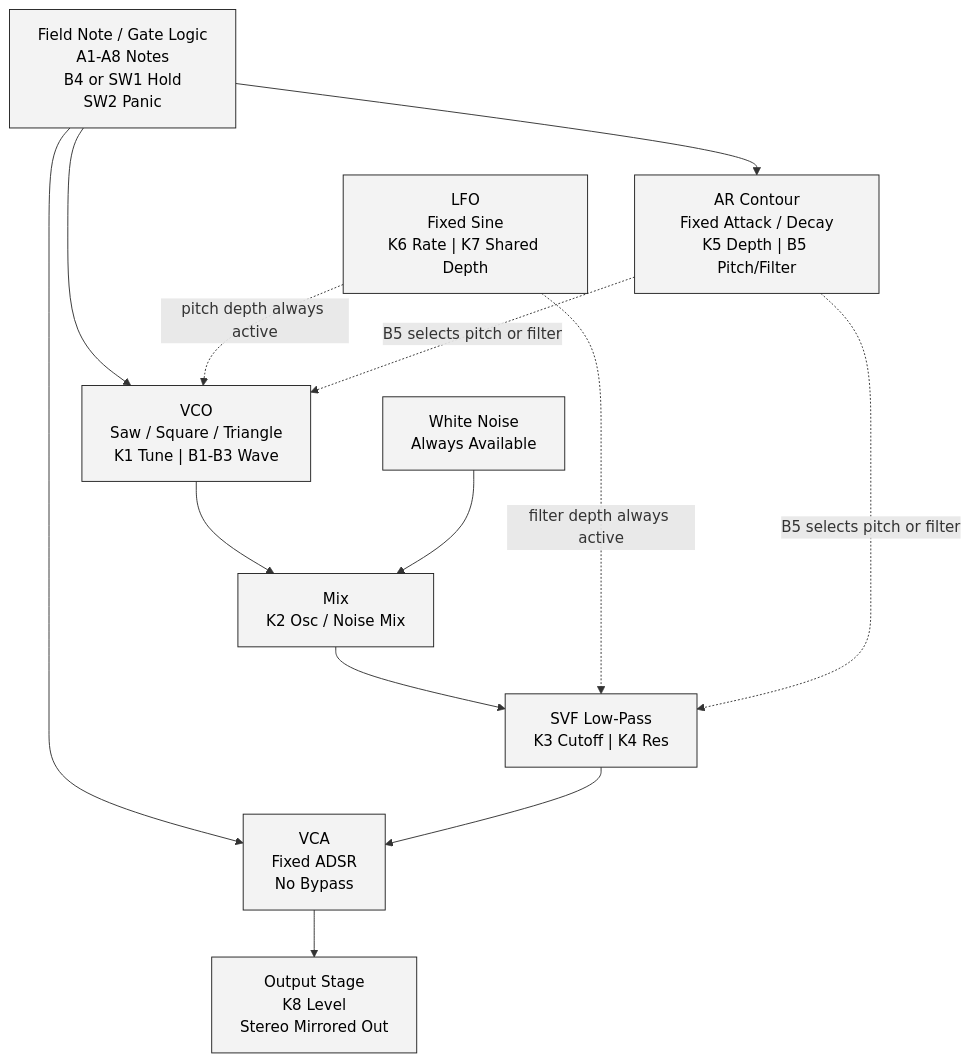
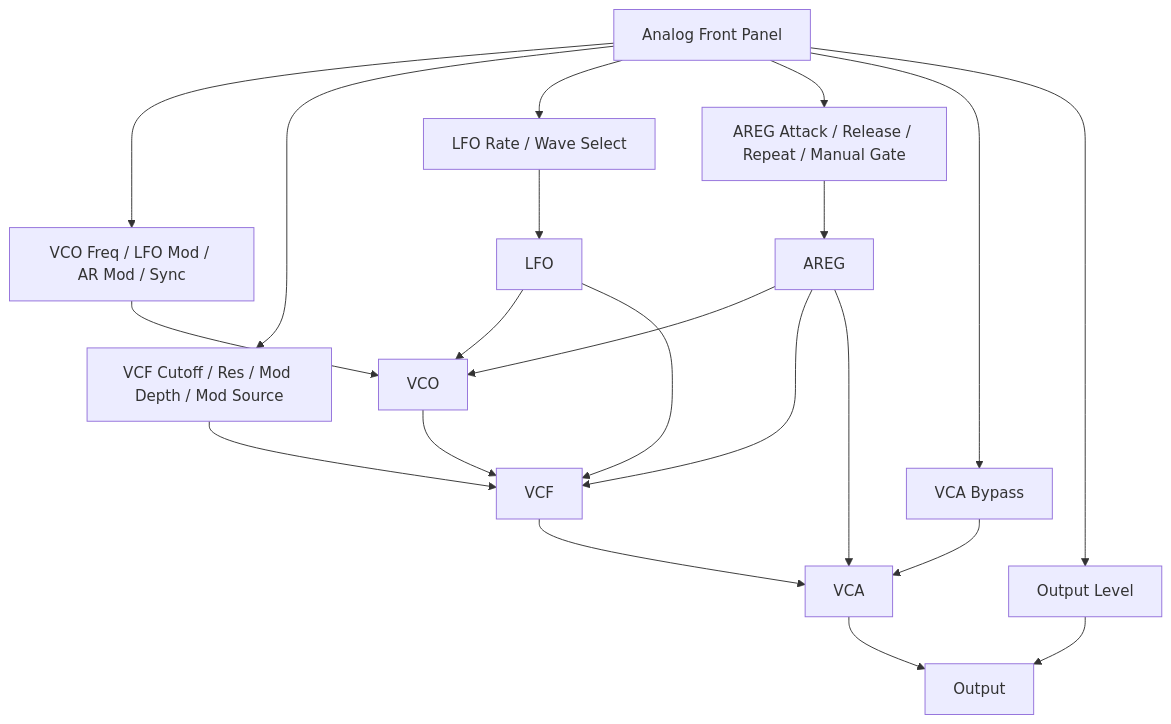
One commit to Denys/DaisyExamples changed the third of 7 diagrams in MyProjects/_projects/Field_MFOS_NoiseToaster/DIAGRAMS.md. Above: the diagram before and after it, drawn with Mermaid. The commit also changed other lines of this file and 33 other files, not shown here.

````diff
--- a/MyProjects/_projects/Field_MFOS_NoiseToaster/DIAGRAMS.md
+++ b/MyProjects/_projects/Field_MFOS_NoiseToaster/DIAGRAMS.md
@@ -40,29 +58,25 @@
 ```mermaid
-flowchart TB
-    classDef block fill:#f3f3f3,stroke:#222,stroke-width:1px,color:#000;
+flowchart TD
+    PANEL["Analog Front Panel"] --> VCOCTL["VCO Freq / LFO Mod / AR Mod / Sync"]
+    PANEL --> VCFCTL["VCF Cutoff / Res / Mod Depth / Mod Source"]
+    PANEL --> LFOCTL["LFO Rate / Wave Select"]
+    PANEL --> AREGCTL["AREG Attack / Release / Repeat / Manual Gate"]
+    PANEL --> VCACTL["VCA Bypass"]
+    PANEL --> OUTCTL["Output Level"]
 
-    KEYS["Field Note / Gate Logic<br/>A1-A8 Notes<br/>B4 or SW1 Hold<br/>SW2 Panic"]:::block
-    VCO["VCO<br/>Saw / Square / Triangle<br/>K1 Tune | B1-B3 Wave"]:::block
-    WN["White Noise<br/>Always Available"]:::block
-    MIX["Mix<br/>K2 Osc / Noise Mix"]:::block
-    VCF["SVF Low-Pass<br/>K3 Cutoff | K4 Res"]:::block
-    LFO["LFO<br/>Fixed Sine<br/>K6 Rate | K7 Shared Depth"]:::block
-    AR["AR Contour<br/>Fixed Attack / Decay<br/>K5 Depth | B5 Pitch/Filter"]:::block
-    VCA["VCA<br/>Fixed ADSR<br/>No Bypass"]:::block
-    OUT["Output Stage<br/>K8 Level<br/>Stereo Mirrored Out"]:::block
+    AREGCTL --> AREG["AREG"]
+    LFOCTL --> LFO["LFO"]
+    VCOCTL --> VCO["VCO"]
+    VCFCTL --> VCF["VCF"]
+    VCACTL --> VCA["VCA"]
+    OUTCTL --> OUT["Output"]
 
-    KEYS --> VCO
-    KEYS --> AR
-    KEYS --> VCA
-
-    VCO --> MIX
-    WN --> MIX
-    MIX --> VCF
+    LFO --> VCO
+    LFO --> VCF
+    AREG --> VCO
+    AREG --> VCF
+    AREG --> VCA
+    VCO --> VCF
     VCF --> VCA
     VCA --> OUT
-
-    LFO -. pitch depth always active .-> VCO
-    LFO -. filter depth always active .-> VCF
-    AR -. B5 selects pitch or filter .-> VCO
-    AR -. B5 selects pitch or filter .-> VCF
 ```
````
